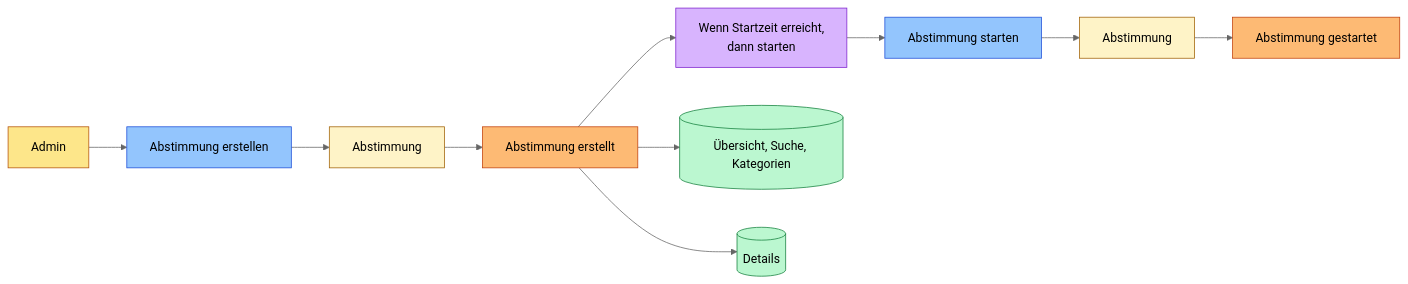
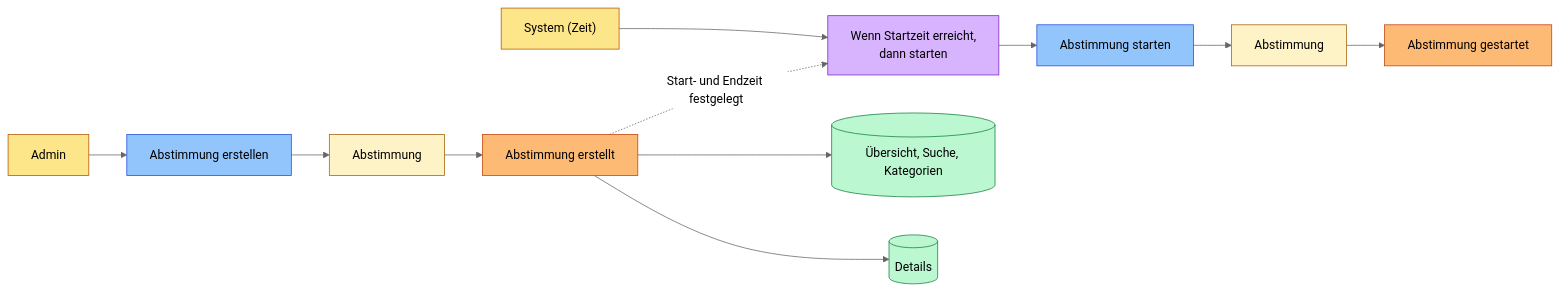
Before and after one commit to normaharley/ModerneSoftwarentwicklungWS26: the third of 9 diagrams in documentation/Uebung3.md, drawn with Mermaid (neutral theme). The commit also changed other lines of this file, not shown here.

````diff
--- a/documentation/Uebung3.md
+++ b/documentation/Uebung3.md
@@ -67,14 +67,15 @@
 ```mermaid
 flowchart LR
   ad3["Admin"]:::actor --> c_create["Abstimmung erstellen"]:::command --> ag_ab1["Abstimmung"]:::aggregate --> e_created["Abstimmung erstellt"]:::event
-  e_created --> p_start["Wenn Startzeit erreicht,<br>dann starten"]:::policy --> c_start["Abstimmung starten"]:::command --> ag_ab2["Abstimmung"]:::aggregate --> e_started["Abstimmung gestartet"]:::event
+  sys2["System (Zeit)"]:::actor --> p_start["Wenn Startzeit erreicht,<br>dann starten"]:::policy --> c_start["Abstimmung starten"]:::command --> ag_ab2["Abstimmung"]:::aggregate --> e_started["Abstimmung gestartet"]:::event
+  e_created -. "Start- und Endzeit festgelegt" .-> p_start
   e_created --> rm_list[("Übersicht, Suche, Kategorien")]:::readmodel
   e_created --> rm_det[("Details")]:::readmodel
 
   classDef actor fill:#fde68a,stroke:#b45309,color:#000
   classDef command fill:#93c5fd,stroke:#1d4ed8,color:#000
   classDef aggregate fill:#fef3c7,stroke:#a16207,color:#000
   classDef event fill:#fdba74,stroke:#c2410c,color:#000
   classDef policy fill:#d8b4fe,stroke:#7e22ce,color:#000
   classDef readmodel fill:#bbf7d0,stroke:#15803d,color:#000
 ```
````
